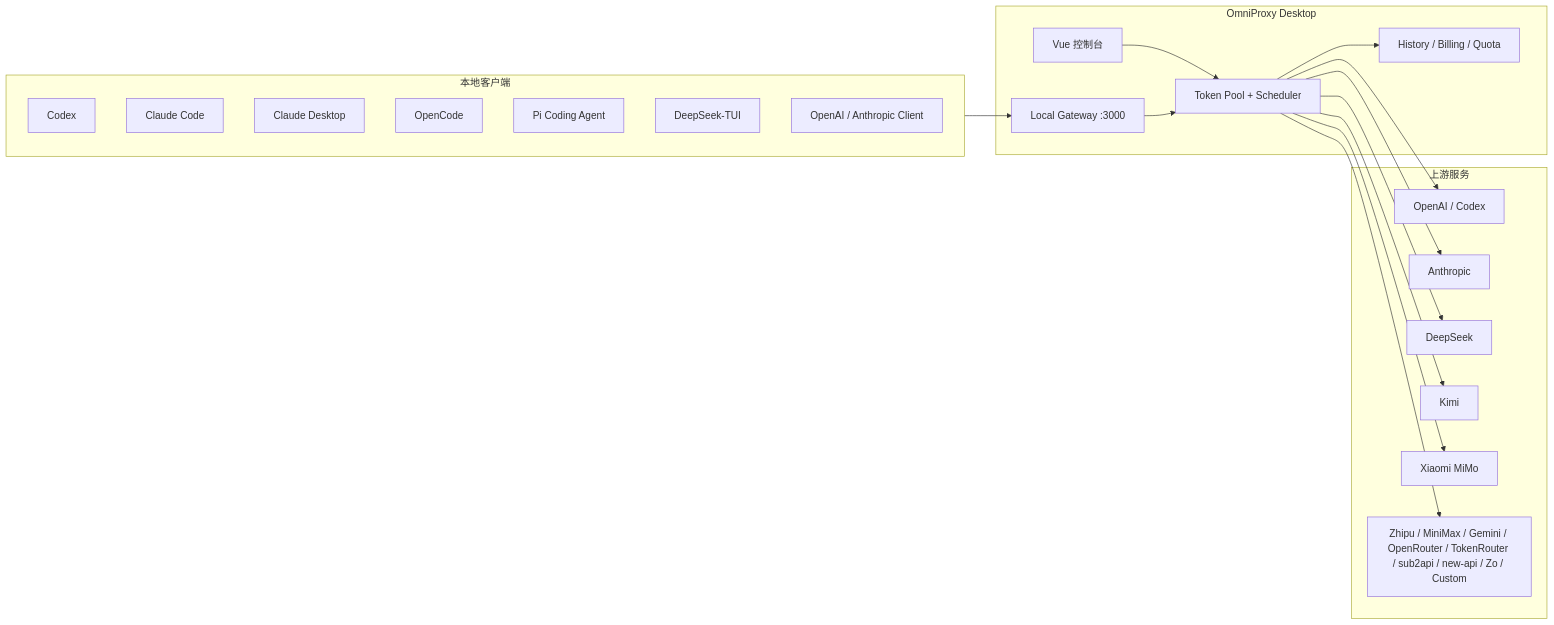
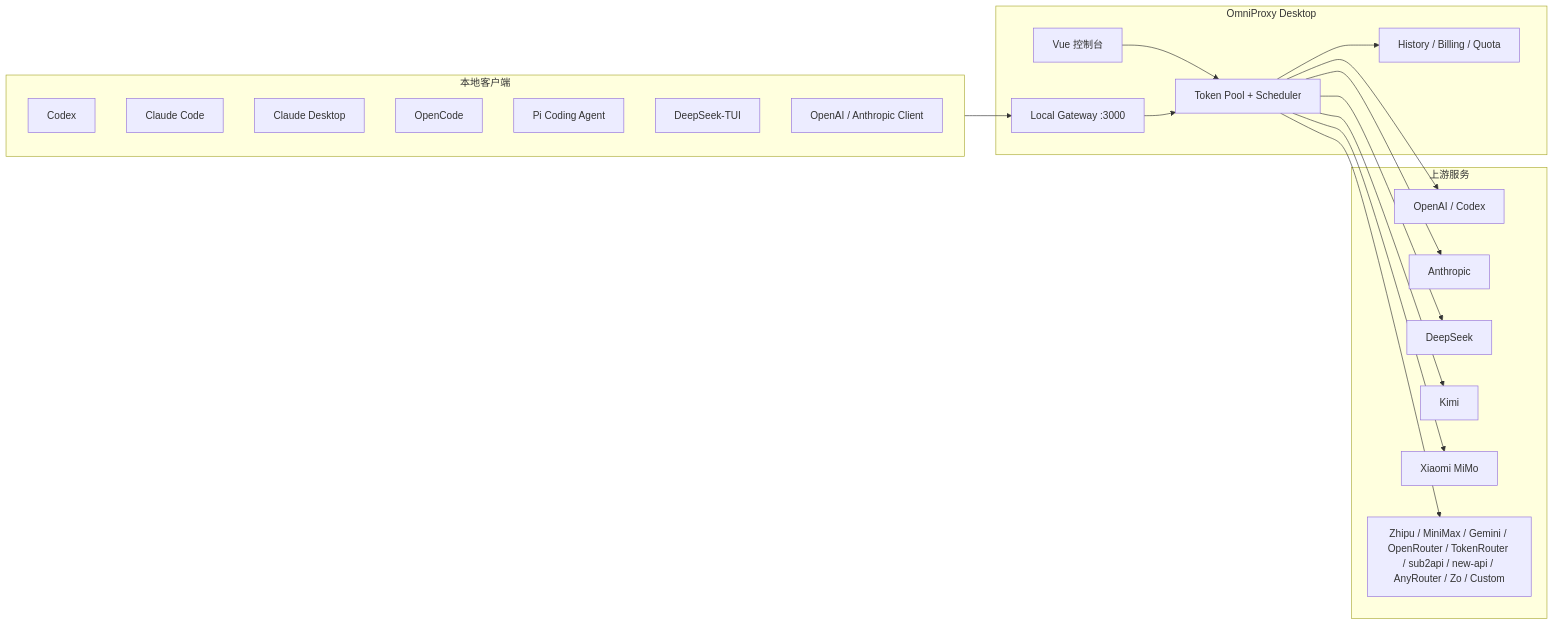
Before and after one commit to nxtreaming/OmniProxy: the diagram in README.md, drawn with Mermaid. The commit also changed other lines of this file and 30 other files, not shown here.

````diff
--- a/README.md
+++ b/README.md
@@ -47,39 +47,39 @@
 ```mermaid
 flowchart LR
   subgraph Clients["本地客户端"]
     Codex["Codex"]
     Claude["Claude Code"]
     ClaudeDesktop["Claude Desktop"]
     OpenCode["OpenCode"]
     Pi["Pi Coding Agent"]
     DeepSeekTUI["DeepSeek-TUI"]
     API["OpenAI / Anthropic Client"]
   end
 
   subgraph OmniProxy["OmniProxy Desktop"]
     Console["Vue 控制台"]
     Proxy["Local Gateway :3000"]
     Scheduler["Token Pool + Scheduler"]
     Logs["History / Billing / Quota"]
   end
 
   subgraph Providers["上游服务"]
     OpenAI["OpenAI / Codex"]
     Anthropic["Anthropic"]
     DeepSeek["DeepSeek"]
     Kimi["Kimi"]
     Mimo["Xiaomi MiMo"]
-    More["Zhipu / MiniMax / Gemini / OpenRouter / TokenRouter / sub2api / new-api / Zo / Custom"]
+    More["Zhipu / MiniMax / Gemini / OpenRouter / TokenRouter / sub2api / new-api / AnyRouter / Zo / Custom"]
   end
 
   Clients --> Proxy
   Console --> Scheduler
   Proxy --> Scheduler
   Scheduler --> Logs
   Scheduler --> OpenAI
   Scheduler --> Anthropic
   Scheduler --> DeepSeek
   Scheduler --> Kimi
   Scheduler --> Mimo
   Scheduler --> More
 ```
````
